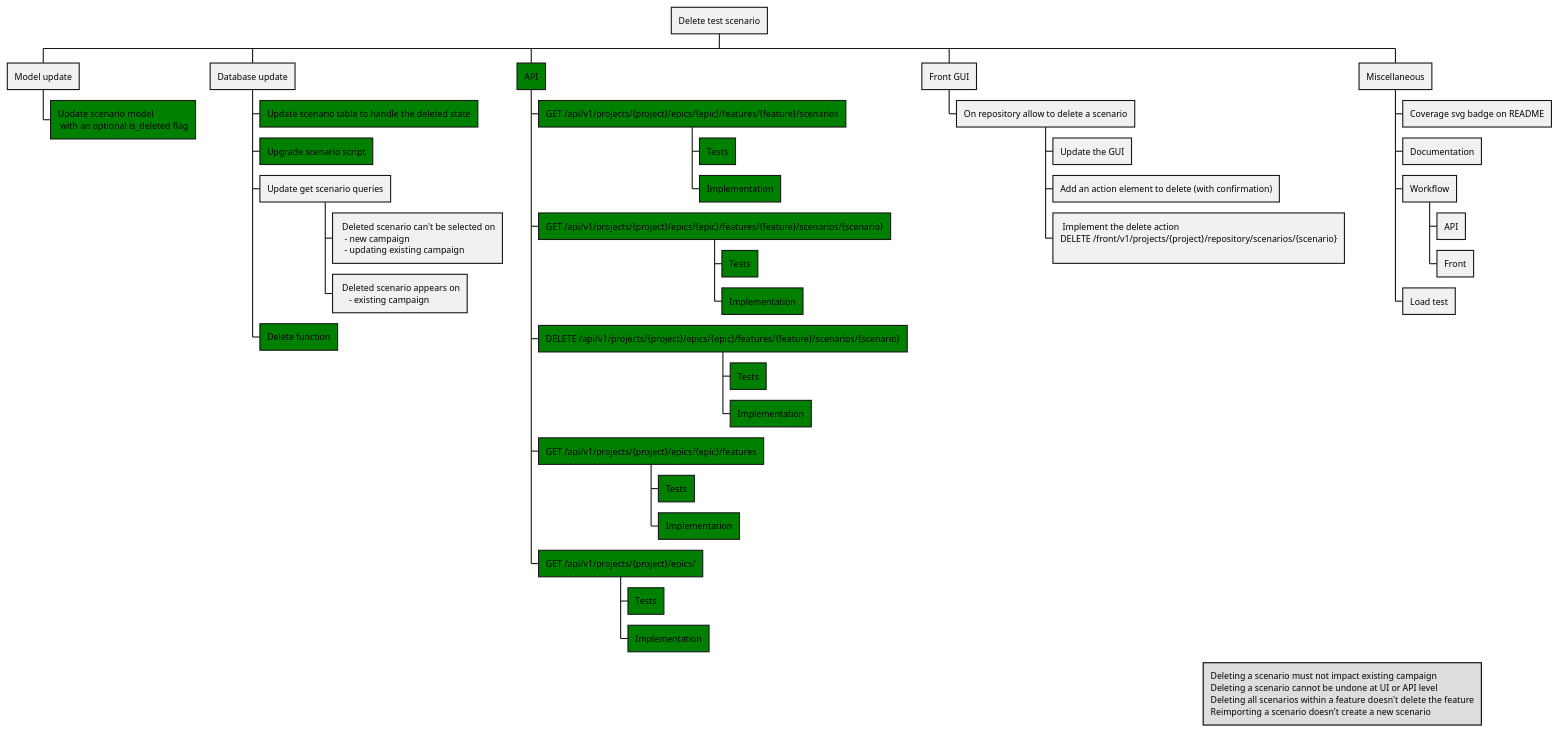
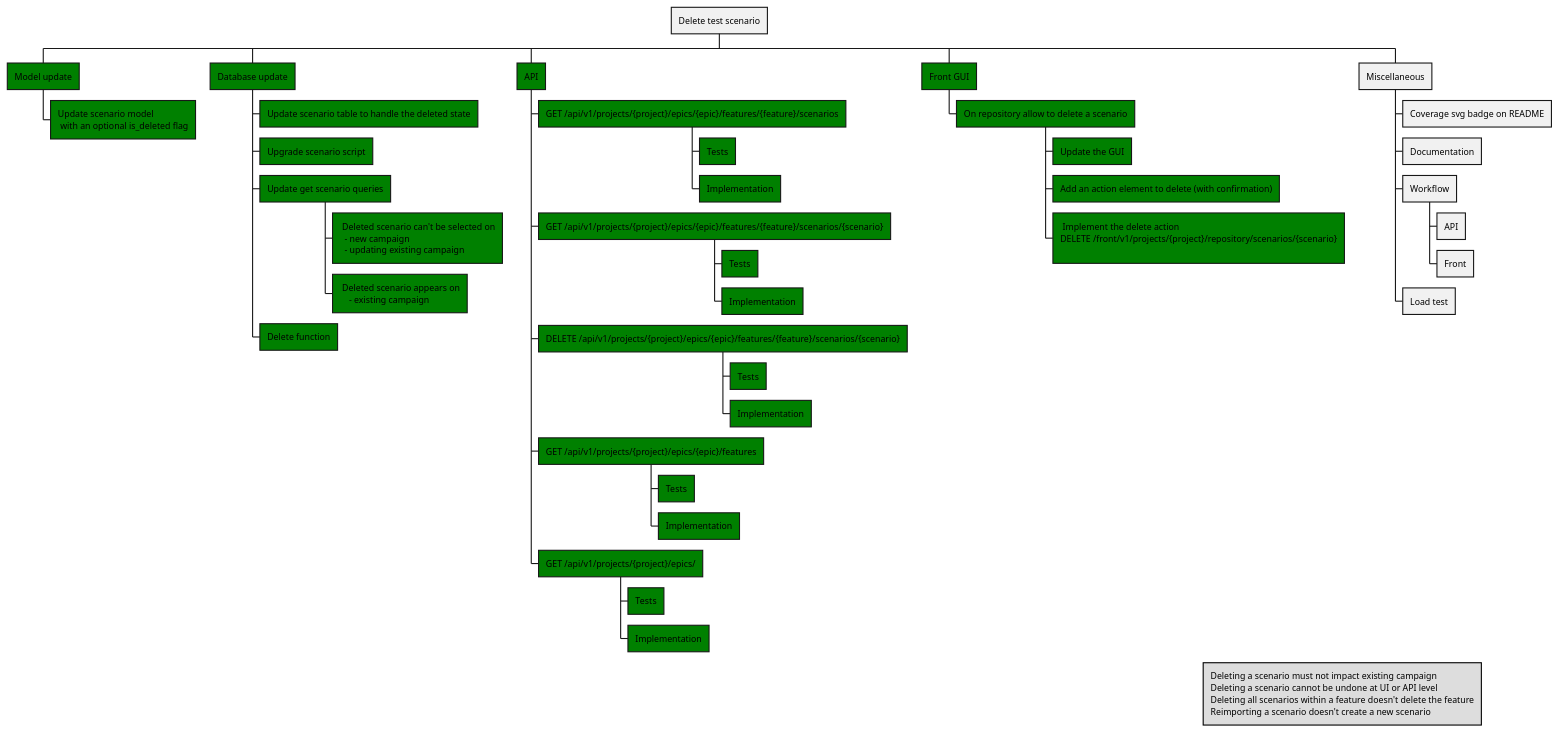
Before and after one commit to Hidden-goblin/eaidashboard: the diagram in documentation/worklog/delete_test_scenario.puml, drawn with PlantUML. The commit also changed 15 other files, not shown here.

First line of the commit message:
Delete test scenario

```diff
--- a/documentation/worklog/delete_test_scenario.puml
+++ b/documentation/worklog/delete_test_scenario.puml
@@ -1,56 +1,56 @@
 @startwbs
 'https://plantuml.com/wbs-diagram
 'https://github.com/Hidden-goblin/eaidashboard/issues/6
 
 * Delete test scenario
-** Model update
+**[#green] Model update
 ***[#green] Update scenario model\n with an optional is_deleted flag
-** Database update
+**[#green] Database update
 ***[#green] Update scenario table to handle the deleted state
 ***[#green] Upgrade scenario script
-*** Update get scenario queries
-****: Deleted scenario can't be selected on
+***[#green] Update get scenario queries
+****[#green]: Deleted scenario can't be selected on
   - new campaign
   - updating existing campaign;
-****: Deleted scenario appears on
+****[#green]: Deleted scenario appears on
     - existing campaign;
 ***[#green] Delete function
 **[#green] API
 ***[#green] GET /api/v1/projects/{project}/epics/{epic}/features/{feature}/scenarios
 ****[#green] Tests
 ****[#green] Implementation
 ***[#green] GET /api/v1/projects/{project}/epics/{epic}/features/{feature}/scenarios/{scenario}
 ****[#green] Tests
 ****[#green]  Implementation
 ***[#green] DELETE  /api/v1/projects/{project}/epics/{epic}/features/{feature}/scenarios/{scenario}
 ****[#green] Tests
 ****[#green] Implementation
 ***[#green] GET /api/v1/projects/{project}/epics/{epic}/features
 ****[#green] Tests
 ****[#green]  Implementation
 ***[#green] GET /api/v1/projects/{project}/epics/
 ****[#green]  Tests
 ****[#green]  Implementation
-** Front GUI
-*** On repository allow to delete a scenario
-**** Update the GUI
-**** Add an action element to delete (with confirmation)
-****: Implement the delete action
+**[#green] Front GUI
+***[#green] On repository allow to delete a scenario
+****[#green] Update the GUI
+****[#green] Add an action element to delete (with confirmation)
+****[#green]: Implement the delete action
 DELETE /front/v1/projects/{project}/repository/scenarios/{scenario}
 ;
 ** Miscellaneous
 *** Coverage svg badge on README
 *** Documentation
 *** Workflow
 **** API
 **** Front
 *** Load test
 
 legend right
    Deleting a scenario must not impact existing campaign
    Deleting a scenario cannot be undone at UI or API level
    Deleting all scenarios within a feature doesn't delete the feature
    Reimporting a scenario doesn't create a new scenario
 endlegend
 
 @endwbs
```
